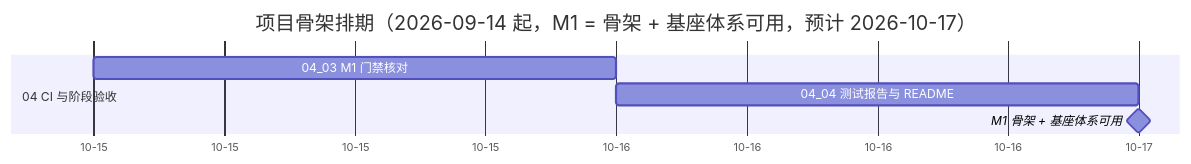
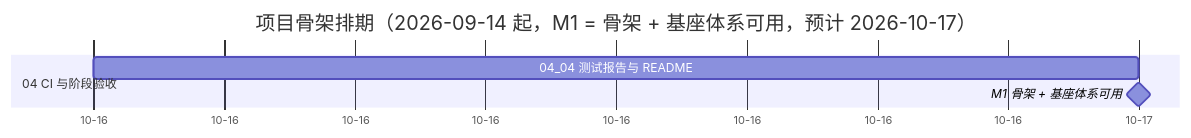
The diagram in bms文档/项目/01_项目骨架/计划/01_计划_项目骨架.md (minjian123/basic-management-system), drawn with Mermaid before and after one commit. The commit also changed other lines of this file and 11 other files, not shown here.

````diff
--- a/bms文档/项目/01_项目骨架/计划/01_计划_项目骨架.md
+++ b/bms文档/项目/01_项目骨架/计划/01_计划_项目骨架.md
@@ -114,10 +114,9 @@
 ```mermaid
 gantt
     title 项目骨架排期（2026-09-14 起，M1 = 骨架 + 基座体系可用，预计 2026-10-17）
     dateFormat  YYYY-MM-DD
     axisFormat %m-%d
     section 04 CI 与阶段验收
-    04_03 M1 门禁核对      :a43, 2026-10-15, 1d
     04_04 测试报告与 README :a44, 2026-10-16, 1d
     M1 骨架 + 基座体系可用 :milestone, m1, 2026-10-17, 0d
 ```
````
